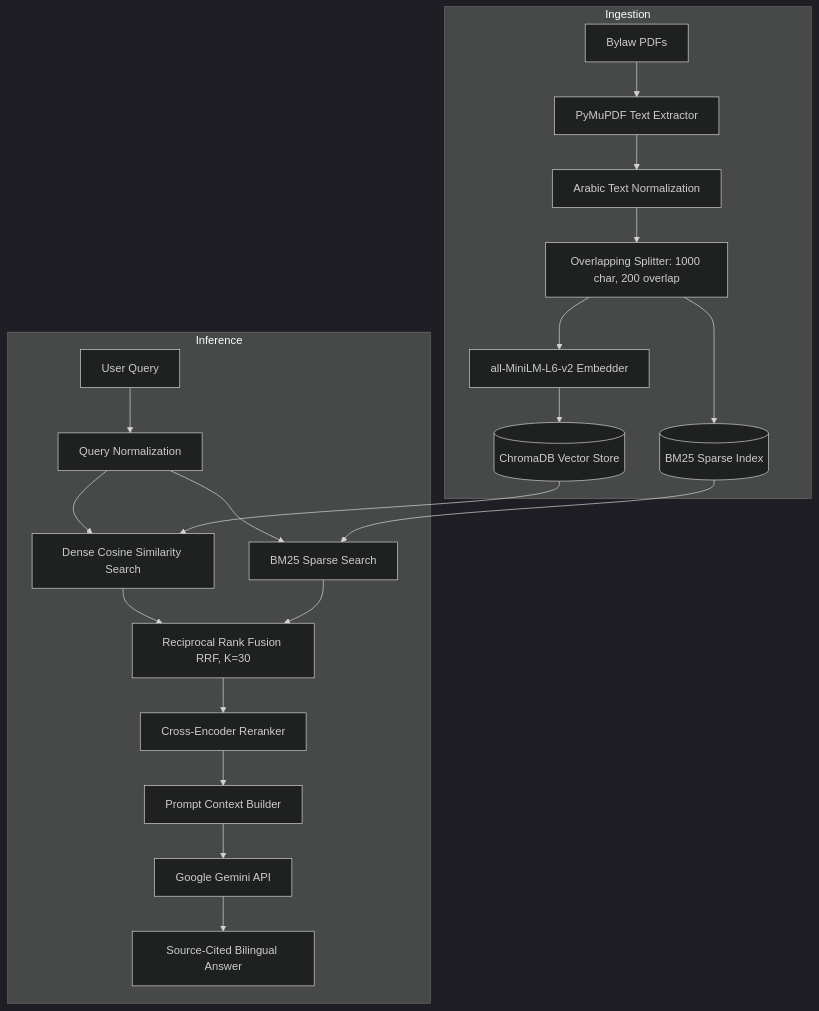
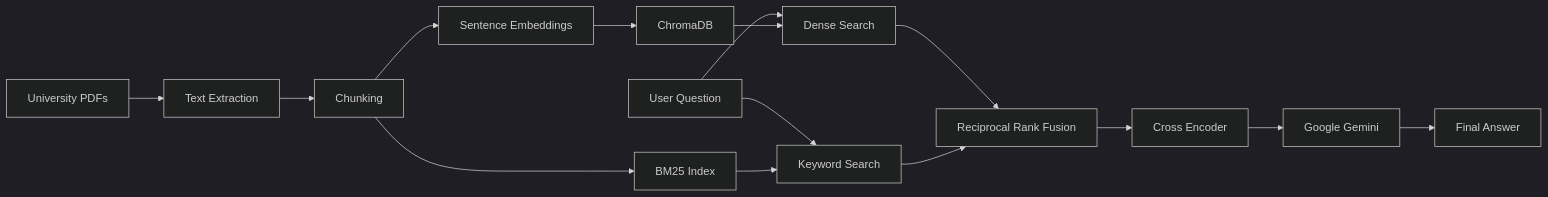
One commit to MohammedMajidMohammed/Smart-Campus-AI-GradutionProject2026 changed the seventh of 10 diagrams in README.md. Above: the diagram before and after it, drawn with Mermaid (dark theme). The commit also changed other lines of this file, not shown here.

````diff
--- a/README.md
+++ b/README.md
@@ -244,25 +568,57 @@
 ```mermaid
-graph TD
-    subgraph Ingestion
-        PDF[Bylaw PDFs] --> Extract[PyMuPDF Text Extractor]
-        Extract --> Norm[Arabic Text Normalization]
-        Norm --> Splitter[Overlapping Splitter: 1000 char, 200 overlap]
-        Splitter --> Embed[all-MiniLM-L6-v2 Embedder]
-        Embed --> Chroma[(ChromaDB Vector Store)]
-        Splitter --> BM25_Idx[(BM25 Sparse Index)]
-    end
+flowchart LR
 
-    subgraph Inference
-        Q[User Query] --> CleanQ[Query Normalization]
-        CleanQ --> Dense[Dense Cosine Similarity Search]
-        CleanQ --> Sparse[BM25 Sparse Search]
-        Chroma --> Dense
-        BM25_Idx --> Sparse
-        Dense --> RRF[Reciprocal Rank Fusion RRF, K=30]
-        Sparse --> RRF
-        RRF --> Rerank[Cross-Encoder Reranker]
-        Rerank --> Context[Prompt Context Builder]
-        Context --> Gemini[Google Gemini API]
-        Gemini --> Ans[Source-Cited Bilingual Answer]
-    end
+PDF["University PDFs"]
+
+Extract["Text Extraction"]
+
+Chunk["Chunking"]
+
+Embed["Sentence Embeddings"]
+
+Vector["ChromaDB"]
+
+BM25["BM25 Index"]
+
+Question["User Question"]
+
+Dense["Dense Search"]
+
+Sparse["Keyword Search"]
+
+Fusion["Reciprocal Rank Fusion"]
+
+Cross["Cross Encoder"]
+
+Gemini["Google Gemini"]
+
+Answer["Final Answer"]
+
+PDF --> Extract
+
+Extract --> Chunk
+
+Chunk --> Embed
+
+Embed --> Vector
+
+Chunk --> BM25
+
+Question --> Dense
+
+Question --> Sparse
+
+Vector --> Dense
+
+BM25 --> Sparse
+
+Dense --> Fusion
+
+Sparse --> Fusion
+
+Fusion --> Cross
+
+Cross --> Gemini
+
+Gemini --> Answer
 ```
````
